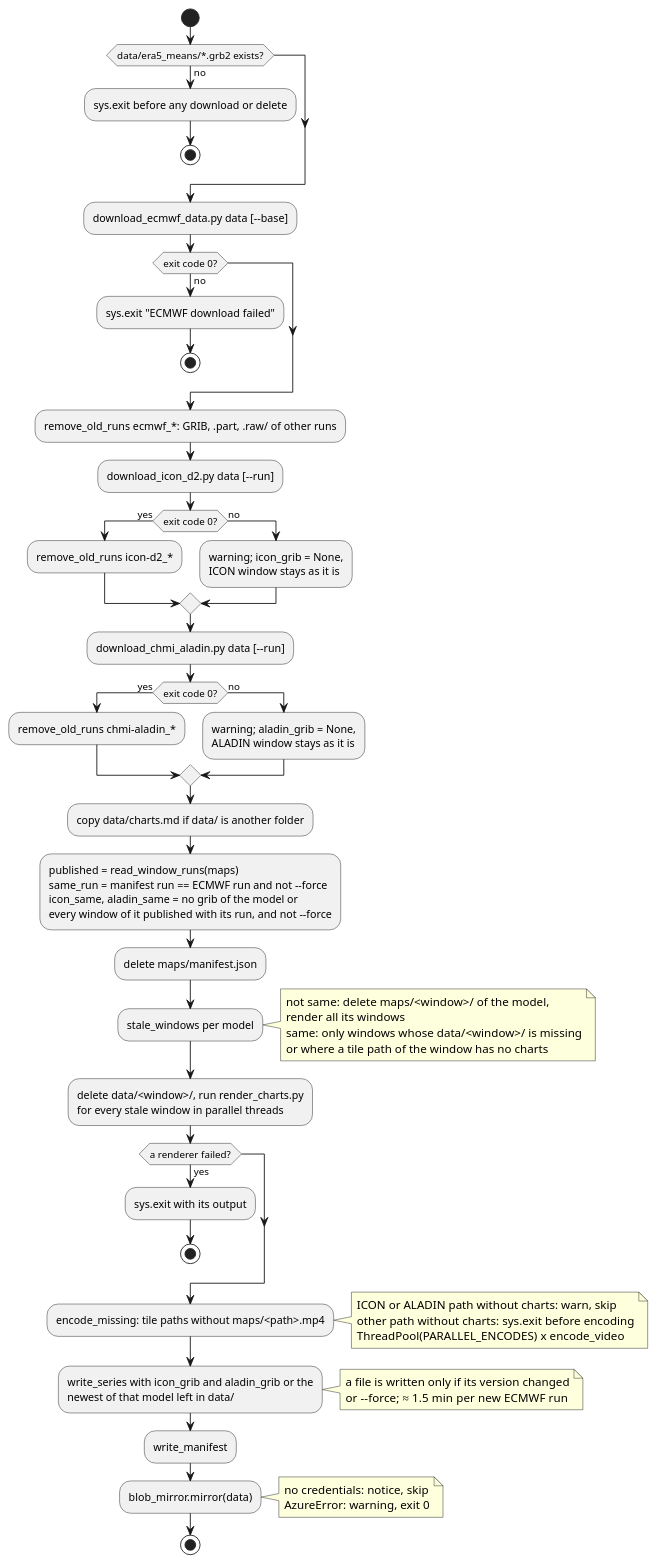
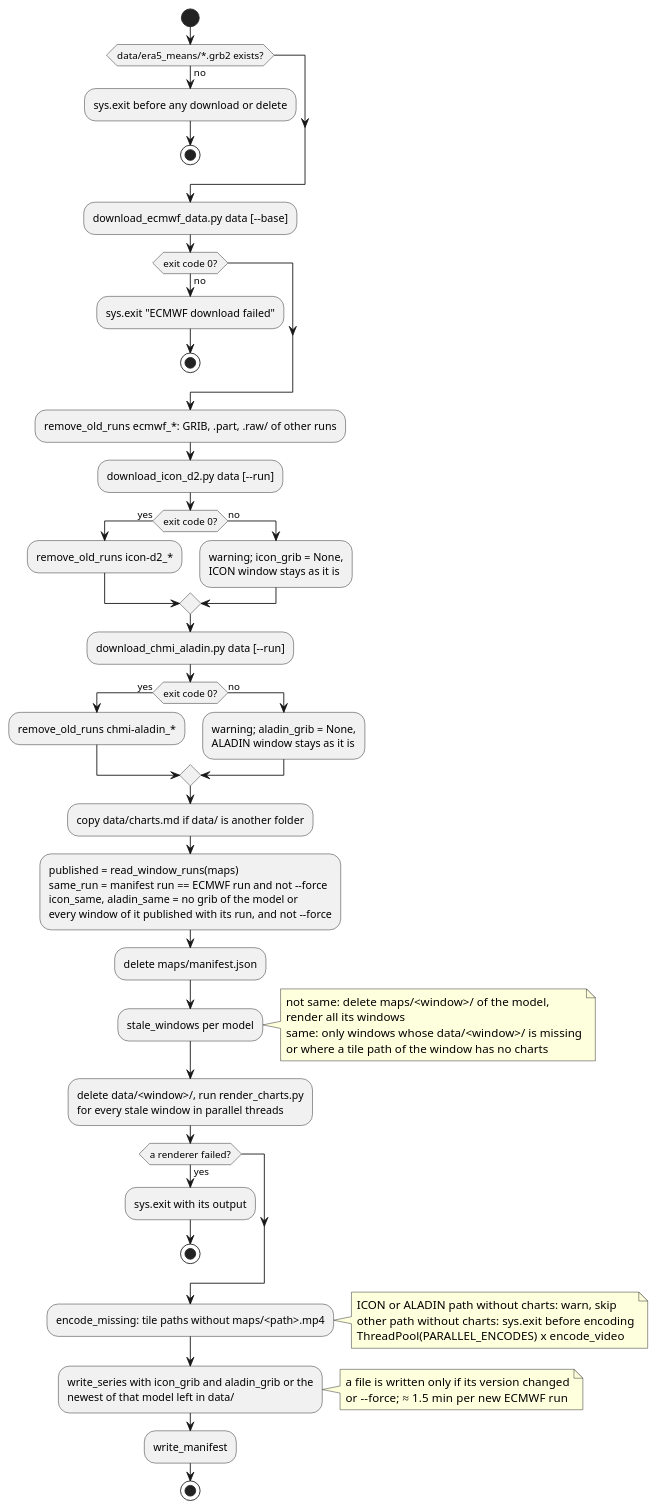
Before and after one commit to schletz/wetterkartenviewer: the second of 5 diagrams in REFERENCE.scripts.md, drawn with PlantUML. The commit also changed other lines of this file and 29 other files, not shown here.

First line of the commit message:
Keep whole ALADIN grid with all ICON fields, store ICON uncompressed, remove Azure mirror

````diff
--- a/REFERENCE.scripts.md
+++ b/REFERENCE.scripts.md
@@ -179,67 +168,62 @@
 ```plantuml
 @startuml update_maps
 start
 if (data/era5_means/*.grb2 exists?) then (no)
  :sys.exit before any download or delete;
  stop
 endif
 :download_ecmwf_data.py data [--base];
 if (exit code 0?) then (no)
  :sys.exit "ECMWF download failed";
  stop
 endif
 :remove_old_runs ecmwf_*: GRIB, .part, .raw/ of other runs;
 :download_icon_d2.py data [--run];
 if (exit code 0?) then (yes)
  :remove_old_runs icon-d2_*;
 else (no)
  :warning; icon_grib = None,
  ICON window stays as it is;
 endif
 :download_chmi_aladin.py data [--run];
 if (exit code 0?) then (yes)
  :remove_old_runs chmi-aladin_*;
 else (no)
  :warning; aladin_grib = None,
  ALADIN window stays as it is;
 endif
 :copy data/charts.md if data/ is another folder;
 :published = read_window_runs(maps)
 same_run = manifest run == ECMWF run and not --force
 icon_same, aladin_same = no grib of the model or
 every window of it published with its run, and not --force;
 :delete maps/manifest.json;
 :stale_windows per model;
 note right
  not same: delete maps/<window>/ of the model,
  render all its windows
  same: only windows whose data/<window>/ is missing
  or where a tile path of the window has no charts
 end note
 :delete data/<window>/, run render_charts.py
 for every stale window in parallel threads;
 if (a renderer failed?) then (yes)
  :sys.exit with its output;
  stop
 endif
 :encode_missing: tile paths without maps/<path>.mp4;
 note right
  ICON or ALADIN path without charts: warn, skip
  other path without charts: sys.exit before encoding
  ThreadPool(PARALLEL_ENCODES) x encode_video
 end note
 :write_series with icon_grib and aladin_grib or the
 newest of that model left in data/;
 note right
  a file is written only if its version changed
  or --force; ≈ 1.5 min per new ECMWF run
 end note
 :write_manifest;
-:blob_mirror.mirror(data);
-note right
- no credentials: notice, skip
- AzureError: warning, exit 0
-end note
 stop
 @enduml
 ```
````
